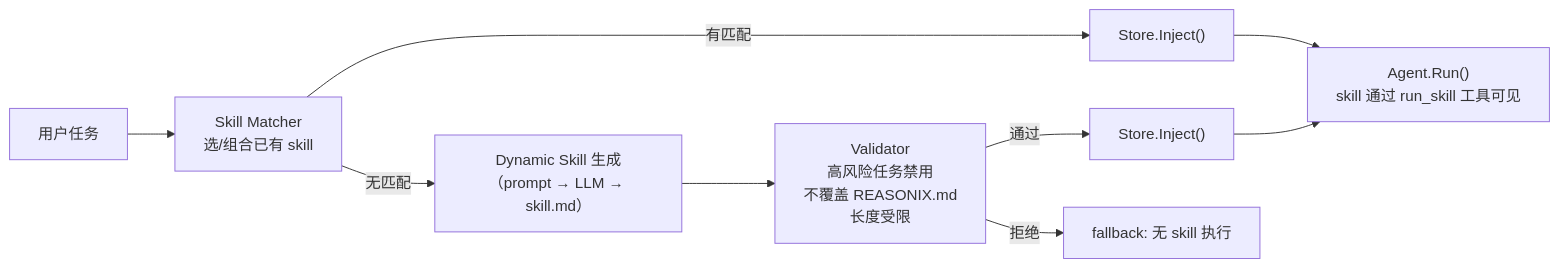
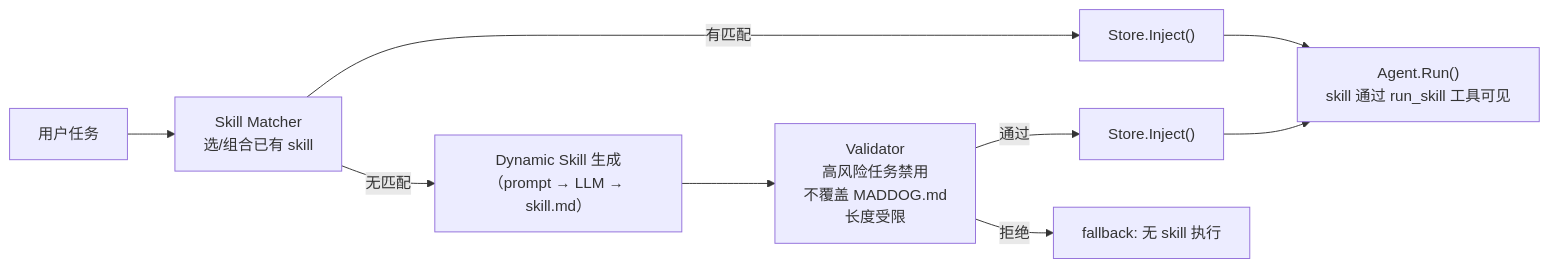
The second of 5 diagrams in docs/cc/maddog-fusion--3949/tech.md (sekkit/maddog), drawn with Mermaid before and after one commit. The commit also changed other lines of this file and 1472 other files, not shown here.

````diff
--- a/docs/cc/maddog-fusion--3949/tech.md
+++ b/docs/cc/maddog-fusion--3949/tech.md
@@ -315,11 +315,11 @@
 ```mermaid
 flowchart LR
     Task["用户任务"] --> Match["Skill Matcher\n选/组合已有 skill"]
     Match -->|"有匹配"| Inject1["Store.Inject()"]
     Match -->|"无匹配"| Gen["Dynamic Skill 生成\n（prompt → LLM → skill.md）"]
-    Gen --> Val["Validator\n高风险任务禁用\n不覆盖 REASONIX.md\n长度受限"]
+    Gen --> Val["Validator\n高风险任务禁用\n不覆盖 MADDOG.md\n长度受限"]
     Val -->|"通过"| Inject2["Store.Inject()"]
     Val -->|"拒绝"| Fallback["fallback: 无 skill 执行"]
     Inject1 --> Execute["Agent.Run()\nskill 通过 run_skill 工具可见"]
     Inject2 --> Execute
 ```
````
